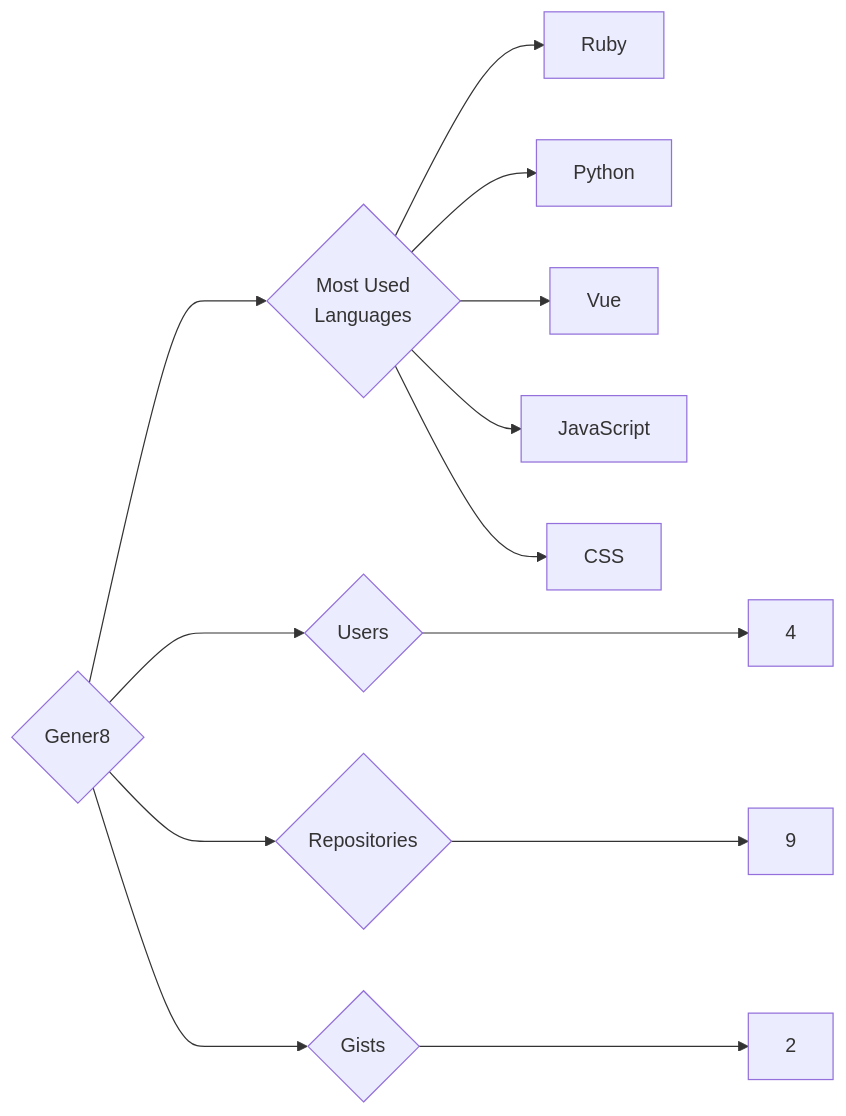
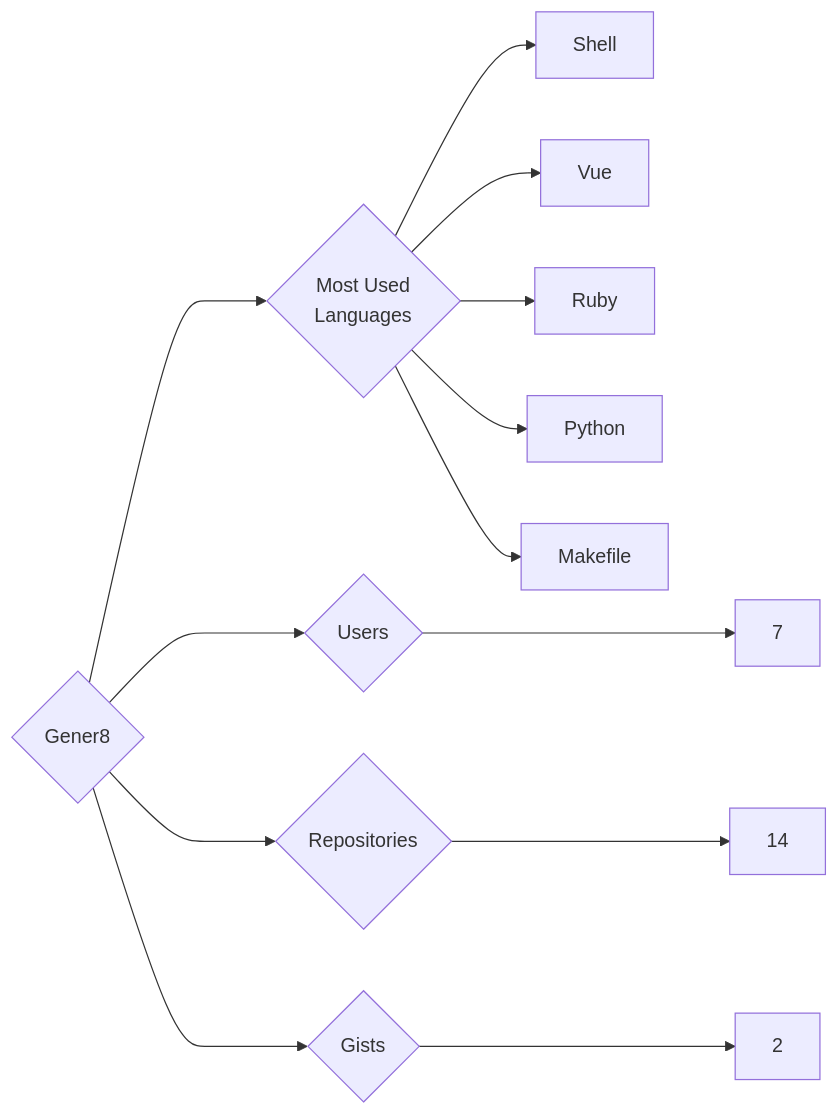
One commit to trickest/insiders changed the diagram in targets/Gener8/README.md. Above: the diagram before and after it, drawn with Mermaid. The commit also changed 1167 other files, not shown here.

````diff
--- a/targets/Gener8/README.md
+++ b/targets/Gener8/README.md
@@ -3,13 +3,13 @@
 ```mermaid
 graph LR
 COMPANY_NAME{Gener8}
-COMPANY_NAME ---> U{Users} ---> UN[4]
-COMPANY_NAME ---> R{Repositories} ---> RN[9]
+COMPANY_NAME ---> U{Users} ---> UN[7]
+COMPANY_NAME ---> R{Repositories} ---> RN[14]
 COMPANY_NAME ---> G{Gists} ---> GN[2]
 COMPANY_NAME ---> ML{Most Used<br>Languages}
+ML --> Shell[Shell]
+ML --> Vue[Vue]
 ML --> Ruby[Ruby]
 ML --> Python[Python]
-ML --> Vue[Vue]
-ML --> JavaScript[JavaScript]
-ML --> CSS[CSS]
+ML --> Makefile[Makefile]
 ```
````
